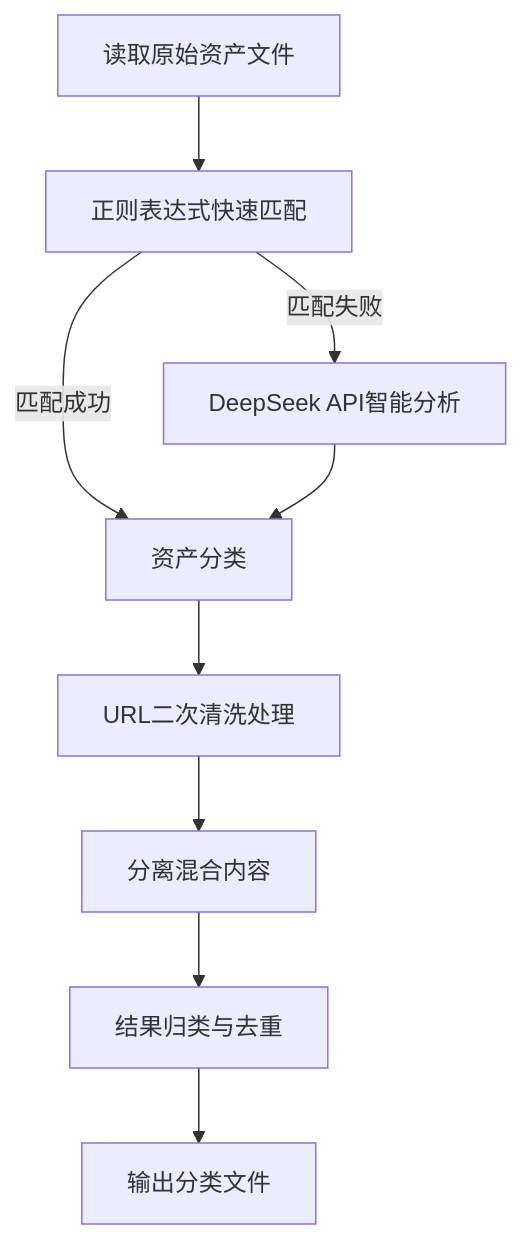
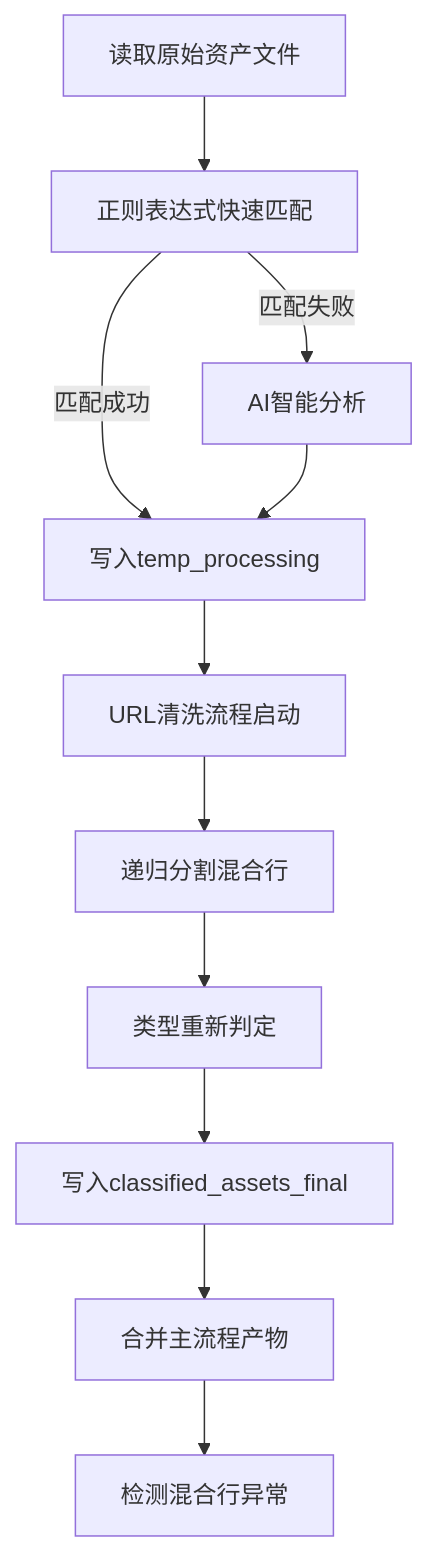
The diagram in README.md (taielab/ClearFeather), drawn with Mermaid before and after one commit. The commit also changed other lines of this file and 2 other files, not shown here.

````diff
--- a/README.md
+++ b/README.md
@@ -139,11 +189,13 @@
 ```mermaid
 graph TD
     A[读取原始资产文件] --> B[正则表达式快速匹配]
-    B -->|匹配成功| D[资产分类]
-    B -->|匹配失败| C[DeepSeek API智能分析]
+    B -->|匹配成功| D[写入temp_processing]
+    B -->|匹配失败| C[AI智能分析]
     C --> D
-    D --> E[URL二次清洗处理]
-    E --> F[分离混合内容]
-    F --> G[结果归类与去重]
-    G --> H[输出分类文件]
+    D --> E[URL清洗流程启动]
+    E --> F[递归分割混合行]
+    F --> G[类型重新判定]
+    G --> H[写入classified_assets_final]
+    H --> I[合并主流程产物]
+    I --> J[检测混合行异常]
 ```
````
